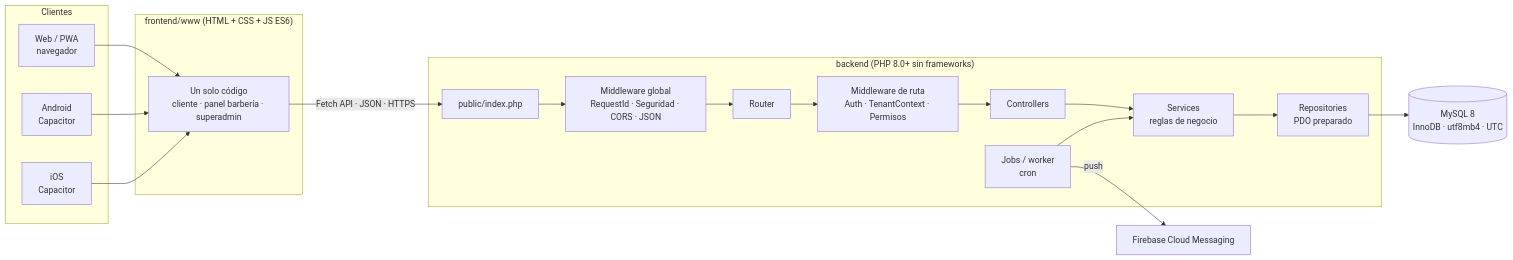
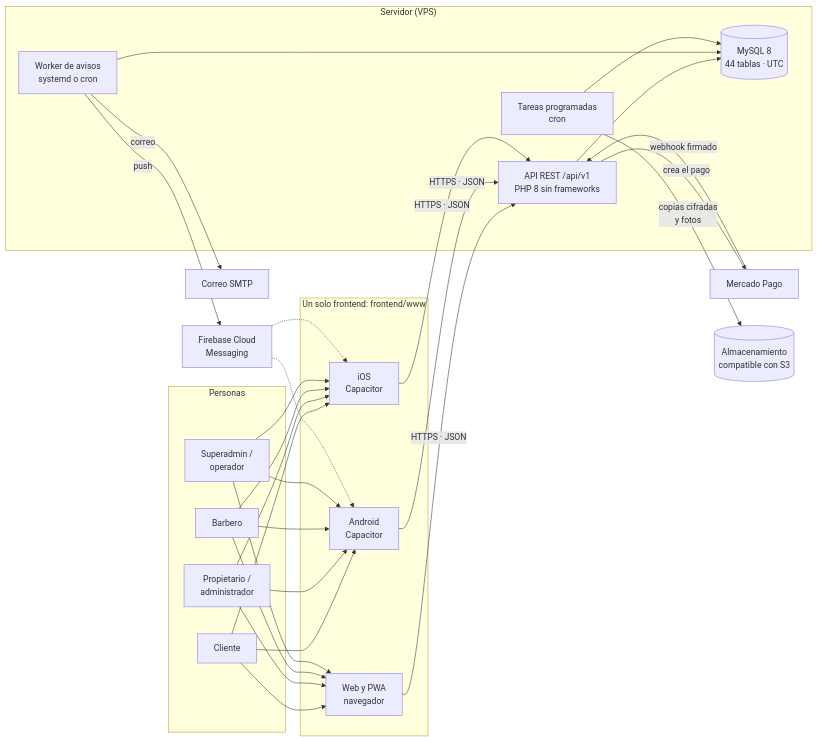
One commit to VituchoPeru/barberapp changed the first of 7 diagrams in docs/ARQUITECTURA.md. Above: the diagram before and after it, drawn with Mermaid. The commit also changed other lines of this file and 90 other files, not shown here.

````diff
--- a/docs/ARQUITECTURA.md
+++ b/docs/ARQUITECTURA.md
@@ -5,27 +30,36 @@
 ```mermaid
 flowchart LR
-    subgraph Clientes
-        W[Web / PWA<br/>navegador]
-        A[Android<br/>Capacitor]
-        I[iOS<br/>Capacitor]
+    subgraph Personas
+        CL[Cliente]
+        PR[Propietario /<br/>administrador]
+        BA[Barbero]
+        SA[Superadmin /<br/>operador]
     end
-    subgraph Frontend["frontend/www (HTML + CSS + JS ES6)"]
-        F[Un solo código<br/>cliente · panel barbería · superadmin]
+    subgraph Apps["Un solo frontend: frontend/www"]
+        WEB[Web y PWA<br/>navegador]
+        AND[Android<br/>Capacitor]
+        IOS[iOS<br/>Capacitor]
     end
-    subgraph Backend["backend (PHP 8.0+ sin frameworks)"]
-        P[public/index.php] --> MW[Middleware global<br/>RequestId · Seguridad · CORS · JSON]
-        MW --> R[Router]
-        R --> RM[Middleware de ruta<br/>Auth · TenantContext · Permisos]
-        RM --> C[Controllers]
-        C --> S[Services<br/>reglas de negocio]
-        S --> Repo[Repositories<br/>PDO preparado]
-        J[Jobs / worker<br/>cron] --> S
+    subgraph Servidor["Servidor (VPS)"]
+        API[API REST /api/v1<br/>PHP 8 sin frameworks]
+        WK[Worker de avisos<br/>systemd o cron]
+        CRON[Tareas programadas<br/>cron]
+        DB[(MySQL 8<br/>44 tablas · UTC)]
     end
-    DB[(MySQL 8<br/>InnoDB · utf8mb4 · UTC)]
-    FCM[Firebase Cloud Messaging]
+    FCM[Firebase Cloud<br/>Messaging]
+    SMTP[Correo SMTP]
+    MP[Mercado Pago]
+    S3[(Almacenamiento<br/>compatible con S3)]
 
-    W & A & I --> F
-    F -- "Fetch API · JSON · HTTPS" --> P
-    Repo --> DB
-    J -- push --> FCM
+    CL & PR & BA & SA --> WEB & AND & IOS
+    WEB & AND & IOS -- "HTTPS · JSON" --> API
+    API --> DB
+    WK --> DB
+    CRON --> DB
+    WK -- push --> FCM
+    WK -- correo --> SMTP
+    FCM -.-> AND & IOS
+    API -- "crea el pago" --> MP
+    MP -- "webhook firmado" --> API
+    CRON -- "copias cifradas<br/>y fotos" --> S3
 ```
````
